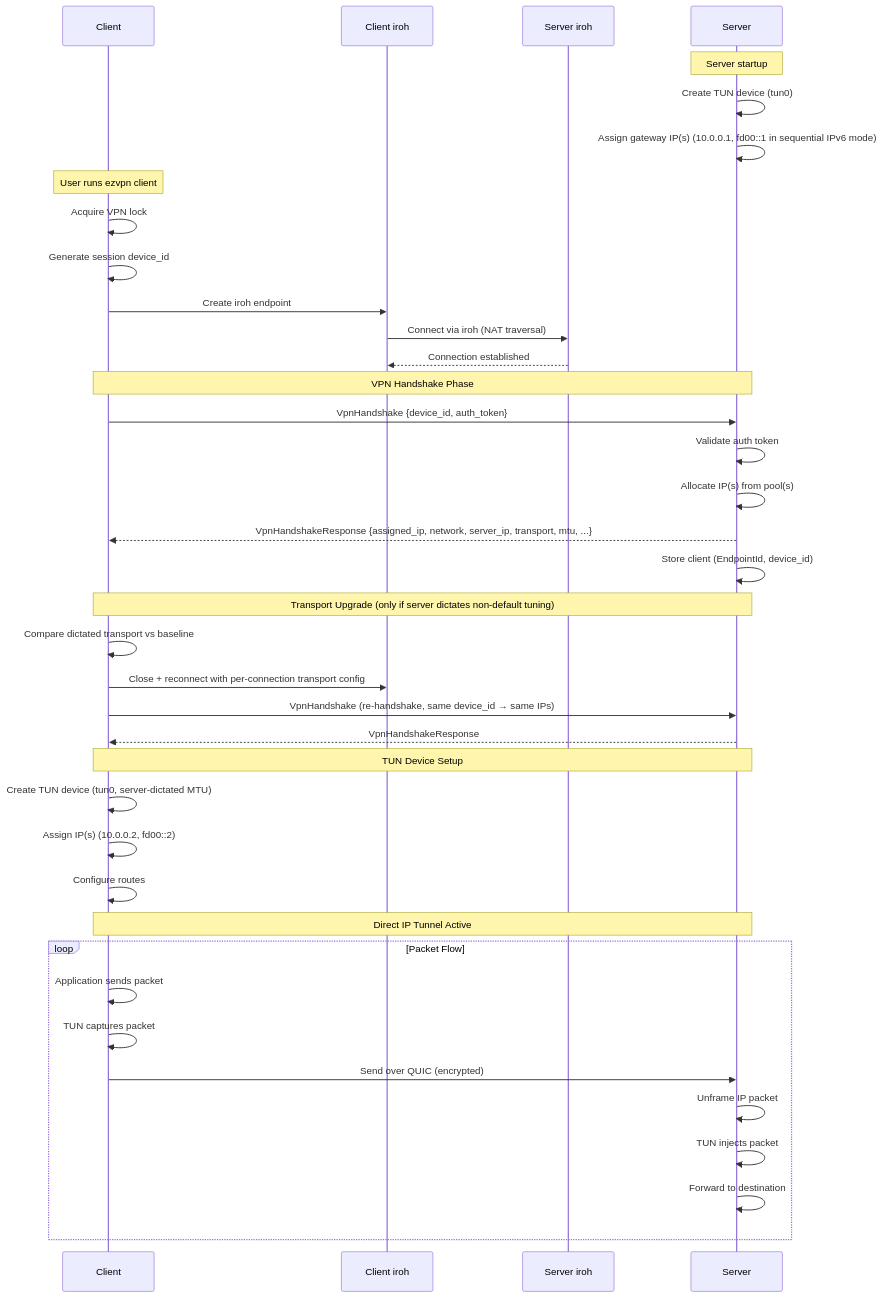
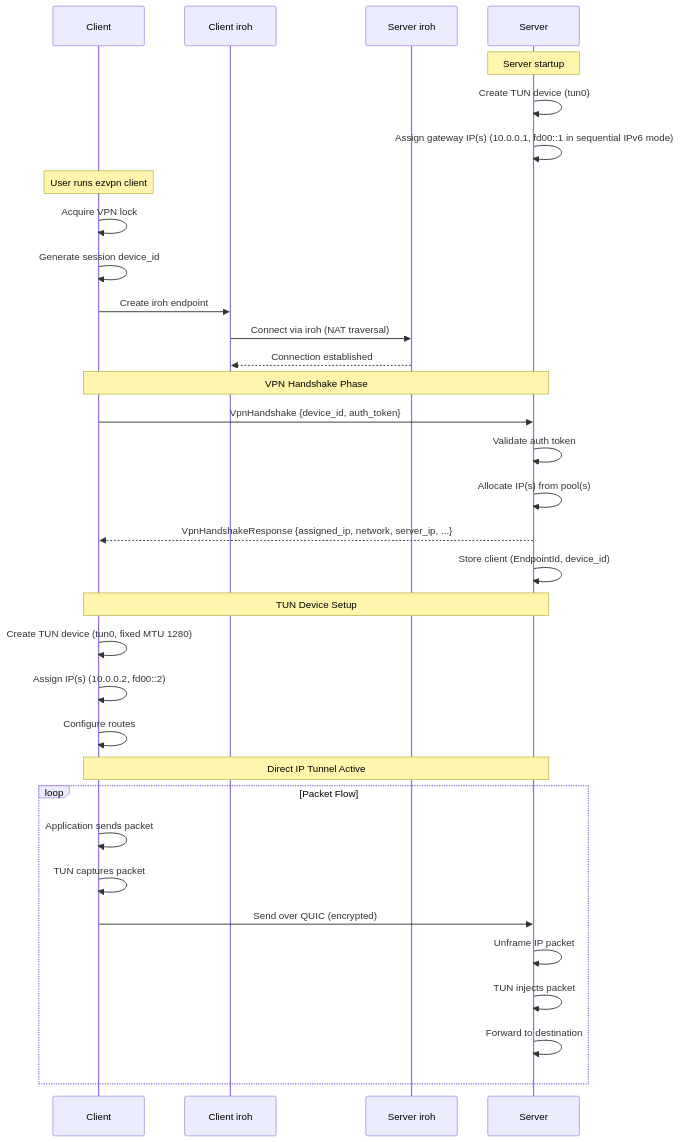
The third of 6 diagrams in docs/ARCHITECTURE.md (flexaccessdev/ezvpn), drawn with Mermaid before and after one commit. The commit also changed other lines of this file and 18 other files, not shown here.

First line of the commit message:
Refactor VPN server and signaling for fixed MTU and transport settings

````diff
--- a/docs/ARCHITECTURE.md
+++ b/docs/ARCHITECTURE.md
@@ -89,47 +89,41 @@
 ```mermaid
 sequenceDiagram
     participant C as Client
     participant CI as Client iroh
     participant SI as Server iroh
     participant S as Server
 
     Note over S: Server startup
     S->>S: Create TUN device (tun0)
     S->>S: Assign gateway IP(s) (10.0.0.1, fd00::1 in sequential IPv6 mode)
 
     Note over C: User runs ezvpn client
     C->>C: Acquire VPN lock
     C->>C: Generate session device_id
     C->>CI: Create iroh endpoint
 
     CI->>SI: Connect via iroh (NAT traversal)
     SI-->>CI: Connection established
 
     Note over C,S: VPN Handshake Phase
     C->>S: VpnHandshake {device_id, auth_token}
     S->>S: Validate auth token
     S->>S: Allocate IP(s) from pool(s)
-    S-->>C: VpnHandshakeResponse {assigned_ip, network, server_ip, transport, mtu, ...}
+    S-->>C: VpnHandshakeResponse {assigned_ip, network, server_ip, ...}
     S->>S: Store client (EndpointId, device_id)
 
-    Note over C,S: Transport Upgrade (only if server dictates non-default tuning)
-    C->>C: Compare dictated transport vs baseline
-    C->>CI: Close + reconnect with per-connection transport config
-    C->>S: VpnHandshake (re-handshake, same device_id → same IPs)
-    S-->>C: VpnHandshakeResponse
-
     Note over C,S: TUN Device Setup
-    C->>C: Create TUN device (tun0, server-dictated MTU)
+    C->>C: Create TUN device (tun0, fixed MTU 1280)
     C->>C: Assign IP(s) (10.0.0.2, fd00::2)
     C->>C: Configure routes
 
     Note over C,S: Direct IP Tunnel Active
     loop Packet Flow
         C->>C: Application sends packet
         C->>C: TUN captures packet
         C->>S: Send over QUIC (encrypted)
         S->>S: Unframe IP packet
         S->>S: TUN injects packet
         S->>S: Forward to destination
     end
 ```
````
